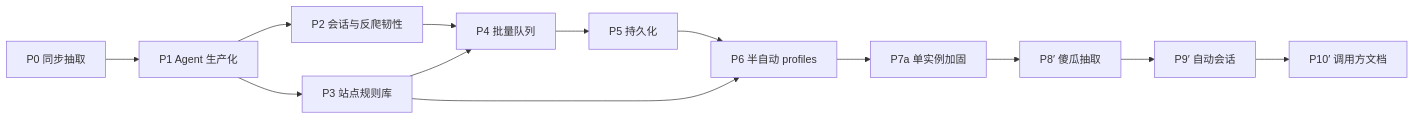
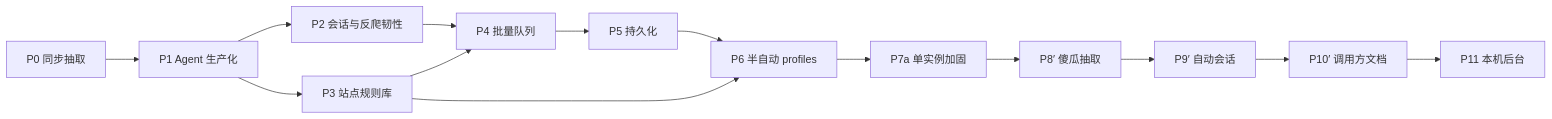
One commit to Ever12349/arachne changed the diagram in docs/DESIGN.md. Above: the diagram before and after it, drawn with Mermaid. The commit also changed other lines of this file and 26 other files, not shown here.

````diff
--- a/docs/DESIGN.md
+++ b/docs/DESIGN.md
@@ -771,15 +784,16 @@
 ```mermaid
 flowchart LR
   P0[P0 同步抽取] --> P1[P1 Agent 生产化]
   P1 --> P2[P2 会话与反爬韧性]
   P1 --> P3[P3 站点规则库]
   P2 --> P4[P4 批量队列]
   P3 --> P4
   P4 --> P5[P5 持久化]
   P3 --> P6[P6 半自动 profiles]
   P5 --> P6
   P6 --> P7[P7a 单实例加固]
   P7 --> P8[P8′ 傻瓜抽取]
   P8 --> P9[P9′ 自动会话]
   P9 --> P10[P10′ 调用方文档]
+  P10 --> P11[P11 本机后台]
 ```
````
